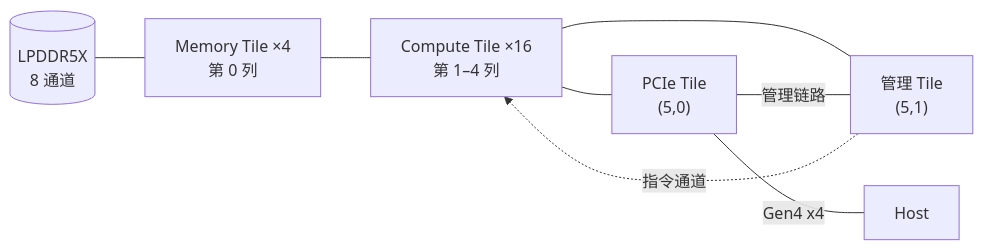
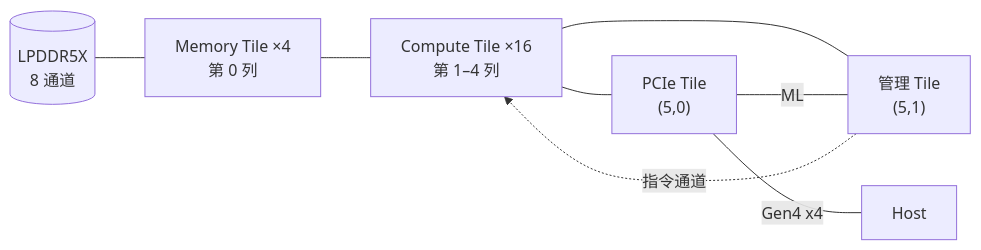
One commit to gevico/gw100-gem5 changed the diagram in docs/spec/system/spec-arch.md. Above: the diagram before and after it, drawn with Mermaid. The commit also changed other lines of this file and 1 other file, not shown here.

````diff
--- a/docs/spec/system/spec-arch.md
+++ b/docs/spec/system/spec-arch.md
@@ -87,10 +112,10 @@
 ```mermaid
 flowchart LR
   DRAM[("LPDDR5X<br/>8 通道")] --- M["Memory Tile ×4<br/>第 0 列"]
   M --- C["Compute Tile ×16<br/>第 1–4 列"]
   C --- P["PCIe Tile<br/>(5,0)"]
   C --- G["管理 Tile<br/>(5,1)"]
-  P ---|管理链路| G
+  P ---|ML| G
   P ---|Gen4 x4| HOST[Host]
   G -.->|指令通道| C
 ```
````
